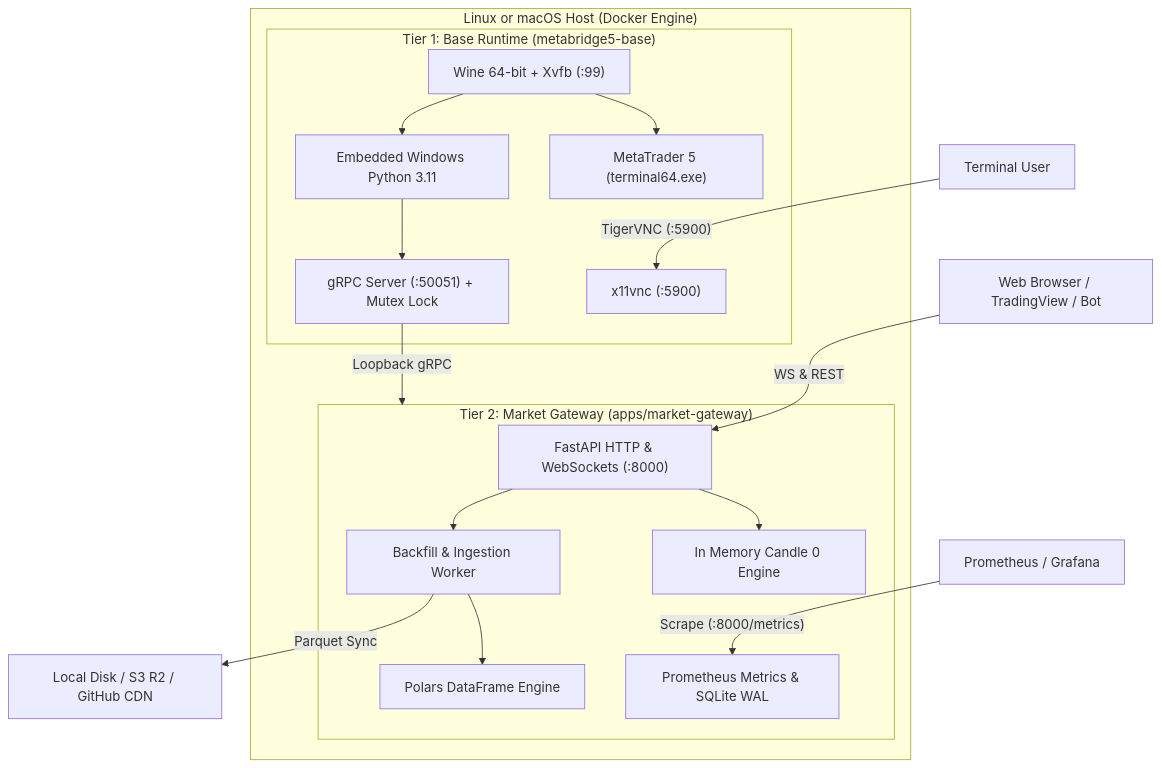
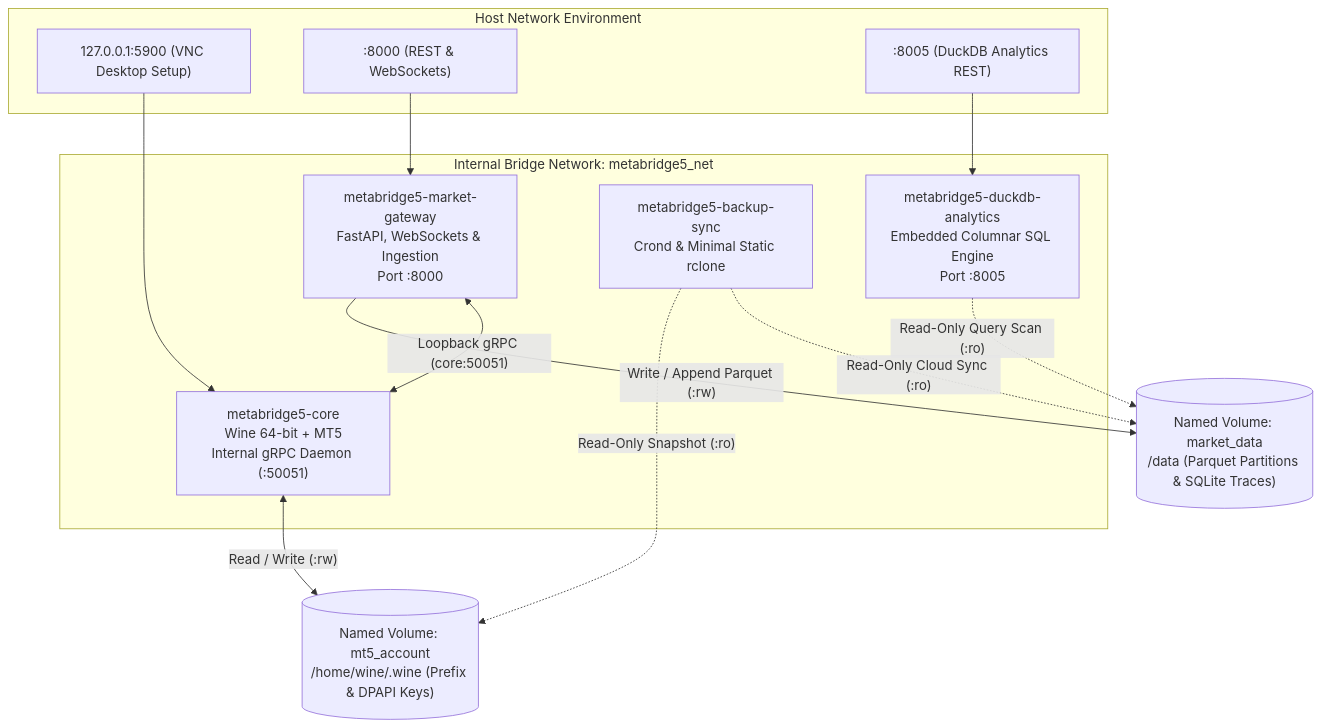
Before and after one commit to devffex/MetaBridge5: the first of 3 diagrams in README.md, drawn with Mermaid. The commit also changed other lines of this file and 4 other files, not shown here.

````diff
--- a/README.md
+++ b/README.md
@@ -29,33 +25,31 @@
 ```mermaid
 flowchart TD
-    subgraph Host ["Linux or macOS Host (Docker Engine)"]
-        subgraph BaseNode ["Tier 1: Base Runtime (metabridge5-base)"]
-            Wine["Wine 64-bit + Xvfb (:99)"]
-            MT5["MetaTrader 5 (terminal64.exe)"]
-            WinPy["Embedded Windows Python 3.11"]
-            Daemon["gRPC Server (:50051) + Mutex Lock"]
-            VNC["x11vnc (:5900)"]
-            Wine --> MT5
-            Wine --> WinPy
-            WinPy --> Daemon
-        end
-
-        subgraph MarketGateway ["Tier 2: Market Gateway (apps/market-gateway)"]
-            FastAPI["FastAPI HTTP & WebSockets (:8000)"]
-            C0["In Memory Candle 0 Engine"]
-            Worker["Backfill & Ingestion Worker"]
-            Polars["Polars DataFrame Engine"]
-            Telemetry["Prometheus Metrics & SQLite WAL"]
-            FastAPI --> C0
-            FastAPI --> Worker
-            Worker --> Polars
-        end
-
-        Daemon -- Loopback gRPC --> MarketGateway
+    subgraph Host ["Host Network Environment"]
+        VNC["127.0.0.1:5900 (VNC Desktop Setup)"]
+        API[":8000 (REST & WebSockets)"]
+        ANA[":8005 (DuckDB Analytics REST)"]
     end
 
-    Client["Web Browser / TradingView / Bot"] -- WS & REST --> FastAPI
-    Admin["Terminal User"] -- TigerVNC (:5900) --> VNC
-    Prom["Prometheus / Grafana"] -- Scrape (:8000/metrics) --> Telemetry
-    Worker -- Parquet Sync --> Storage["Local Disk / S3 R2 / GitHub CDN"]
+    subgraph Net ["Internal Bridge Network: metabridge5_net"]
+        Core["metabridge5-core\nWine 64-bit + MT5\nInternal gRPC Daemon (:50051)"]
+        Gateway["metabridge5-market-gateway\nFastAPI, WebSockets & Ingestion\nPort :8000"]
+        Analytics["metabridge5-duckdb-analytics\nEmbedded Columnar SQL Engine\nPort :8005"]
+        Backup["metabridge5-backup-sync\nCrond & Minimal Static rclone"]
+    end
+
+    VolAccount[("Named Volume: mt5_account\n/home/wine/.wine (Prefix & DPAPI Keys)")]
+    VolData[("Named Volume: market_data\n/data (Parquet Partitions & SQLite Traces)")]
+
+    Core <-->|"Read / Write (:rw)"| VolAccount
+    Backup -.->|"Read-Only Snapshot (:ro)"| VolAccount
+
+    Gateway -->|"Write / Append Parquet (:rw)"| VolData
+    Analytics -.->|"Read-Only Query Scan (:ro)"| VolData
+    Backup -.->|"Read-Only Cloud Sync (:ro)"| VolData
+
+    Gateway <-->|"Loopback gRPC (core:50051)"| Core
+
+    VNC --> Core
+    API --> Gateway
+    ANA --> Analytics
 ```
````
